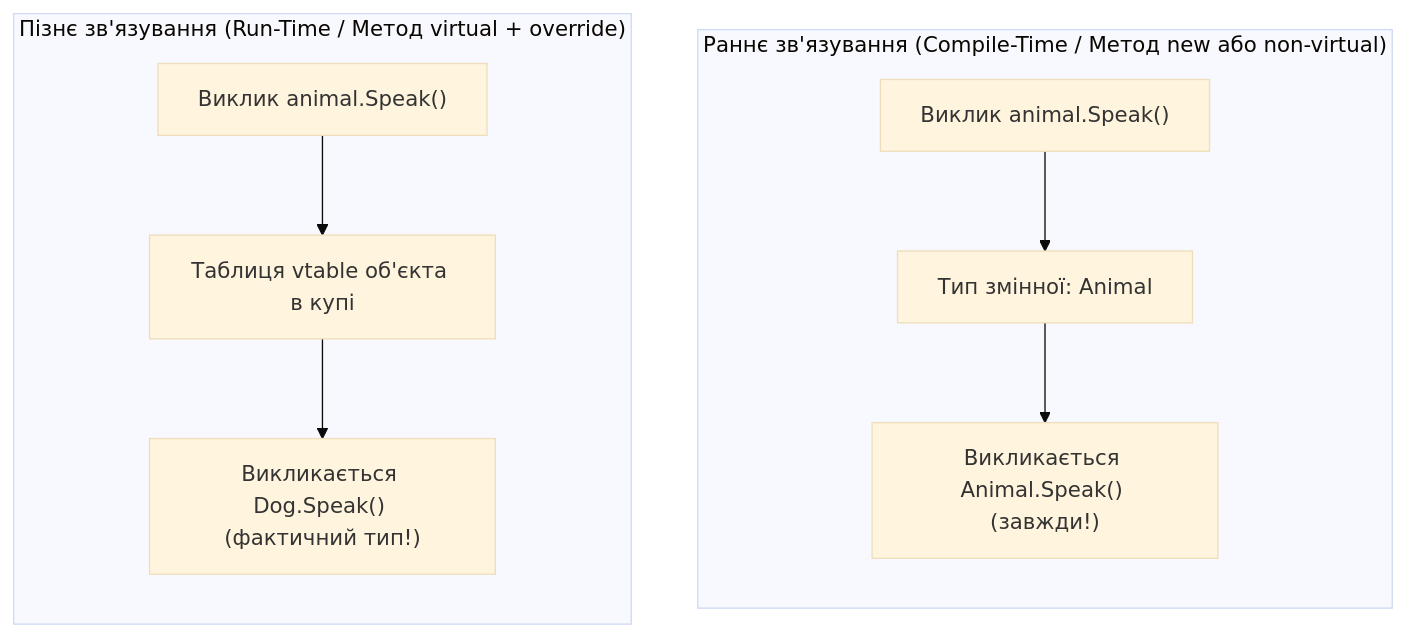
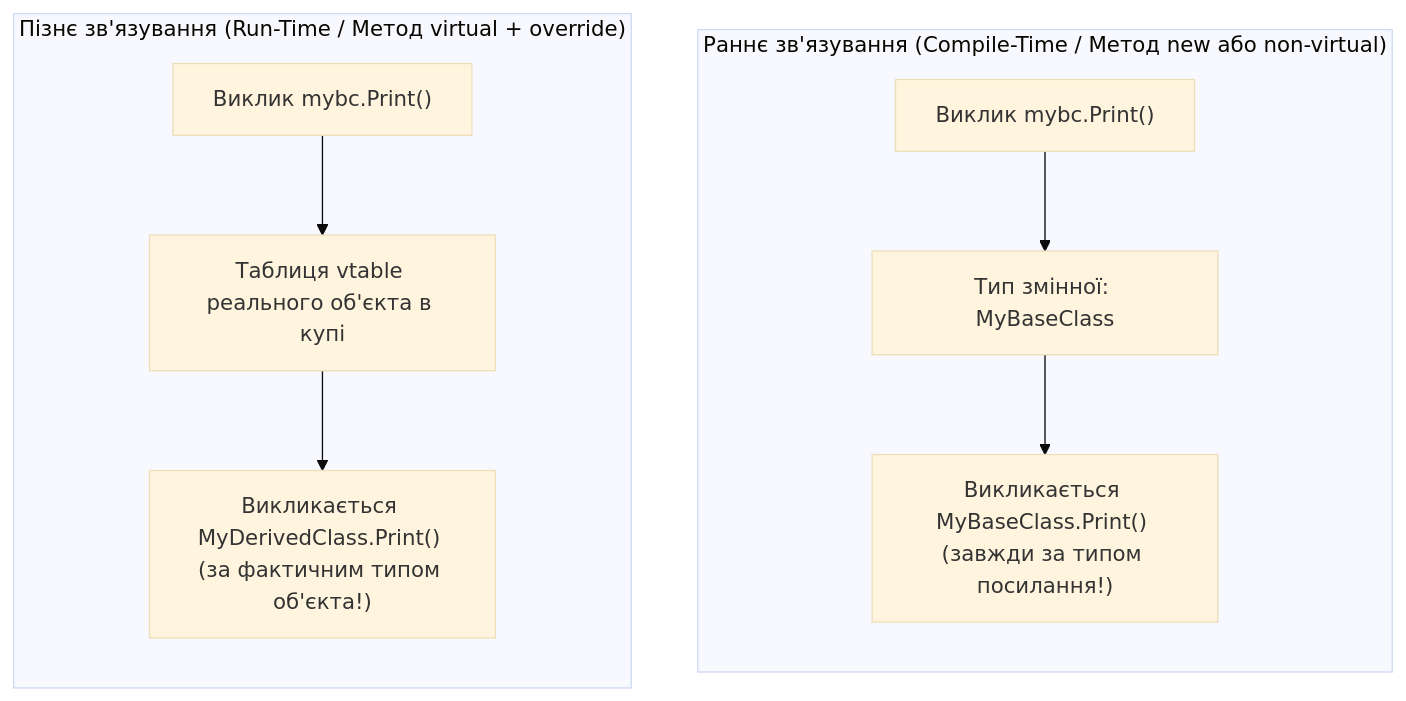
The diagram in 02-OOP-Core/01-Inheritance/Docs/02_Virtual_Override_And_New_Hiding.md (MrTomkaYurii/CSharp-OOP-Mastery), drawn with Mermaid (base theme) before and after one commit. The commit also changed other lines of this file and 79 other files, not shown here.

````diff
--- a/02-OOP-Core/01-Inheritance/Docs/02_Virtual_Override_And_New_Hiding.md
+++ b/02-OOP-Core/01-Inheritance/Docs/02_Virtual_Override_And_New_Hiding.md
@@ -9,14 +9,14 @@
 ```mermaid
 flowchart TD
     subgraph EarlyBinding ["Раннє зв'язування (Compile-Time / Метод new або non-virtual)"]
         direction TB
-        Call1["Виклик animal.Speak()"] --> TypeCheck1["Тип змінної: Animal"]
-        TypeCheck1 --> Method1["Викликається Animal.Speak() (завжди!)"]
+        Call1["Виклик mybc.Print()"] --> TypeCheck1["Тип змінної: MyBaseClass"]
+        TypeCheck1 --> Method1["Викликається MyBaseClass.Print() (завжди за типом посилання!)"]
     end
 
     subgraph LateBinding ["Пізнє зв'язування (Run-Time / Метод virtual + override)"]
         direction TB
-        Call2["Виклик animal.Speak()"] --> TypeCheck2["Таблиця vtable об'єкта в купі"]
-        TypeCheck2 --> Method2["Викликається Dog.Speak() (фактичний тип!)"]
+        Call2["Виклик mybc.Print()"] --> TypeCheck2["Таблиця vtable реального об'єкта в купі"]
+        TypeCheck2 --> Method2["Викликається MyDerivedClass.Print() (за фактичним типом об'єкта!)"]
     end
 ```
````
